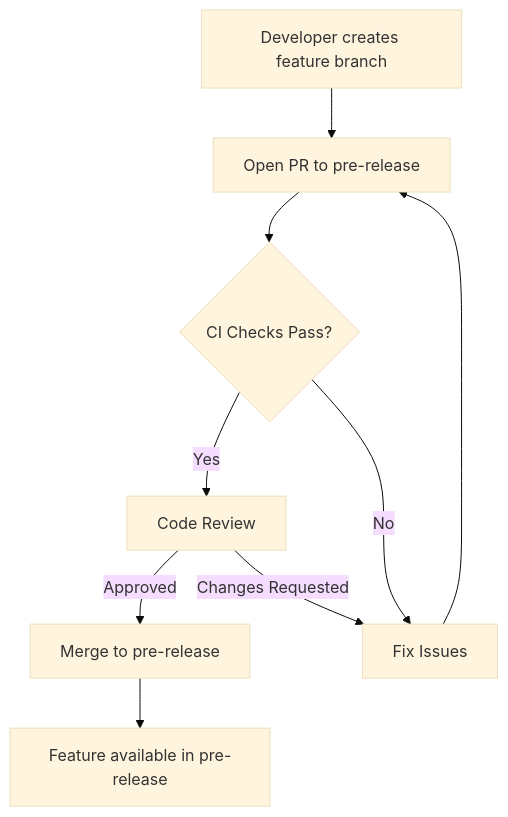
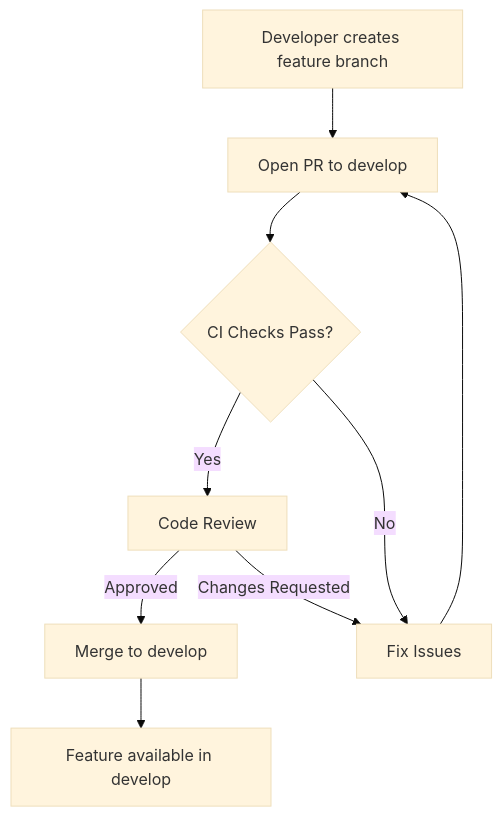
The first of 3 diagrams in .github/WORKFLOW_DIAGRAM.md (mattwise-42/OpenToken), drawn with Mermaid (base theme) before and after one commit. The commit also changed other lines of this file and 9 other files, not shown here.

Commit message:
Rename pre-release branch to develop throughout codebase

````diff
--- a/.github/WORKFLOW_DIAGRAM.md
+++ b/.github/WORKFLOW_DIAGRAM.md
@@ -27,11 +27,11 @@
 ```mermaid
 graph TB
-    A[Developer creates feature branch] --> B[Open PR to pre-release]
+    A[Developer creates feature branch] --> B[Open PR to develop]
     B --> C{CI Checks Pass?}
     C -->|Yes| D[Code Review]
     C -->|No| E[Fix Issues]
     E --> B
-    D -->|Approved| F[Merge to pre-release]
+    D -->|Approved| F[Merge to develop]
     D -->|Changes Requested| E
-    F --> G[Feature available in pre-release]
+    F --> G[Feature available in develop]
 ```
````
